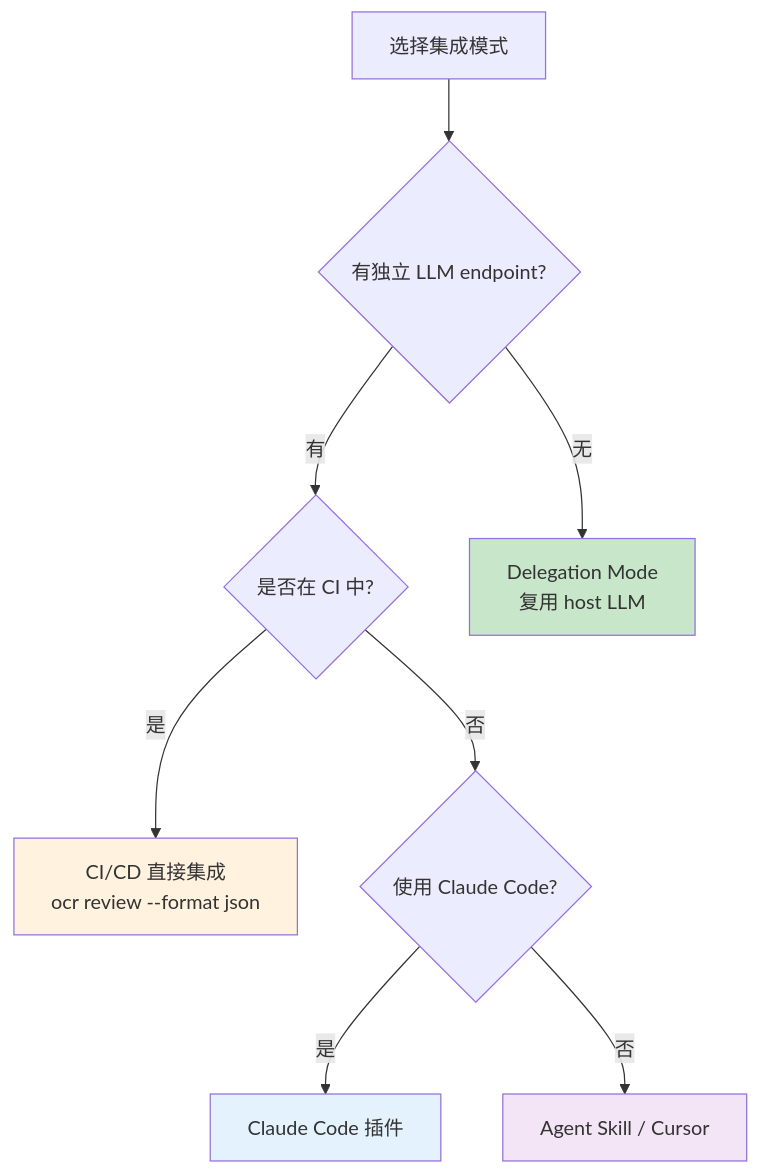
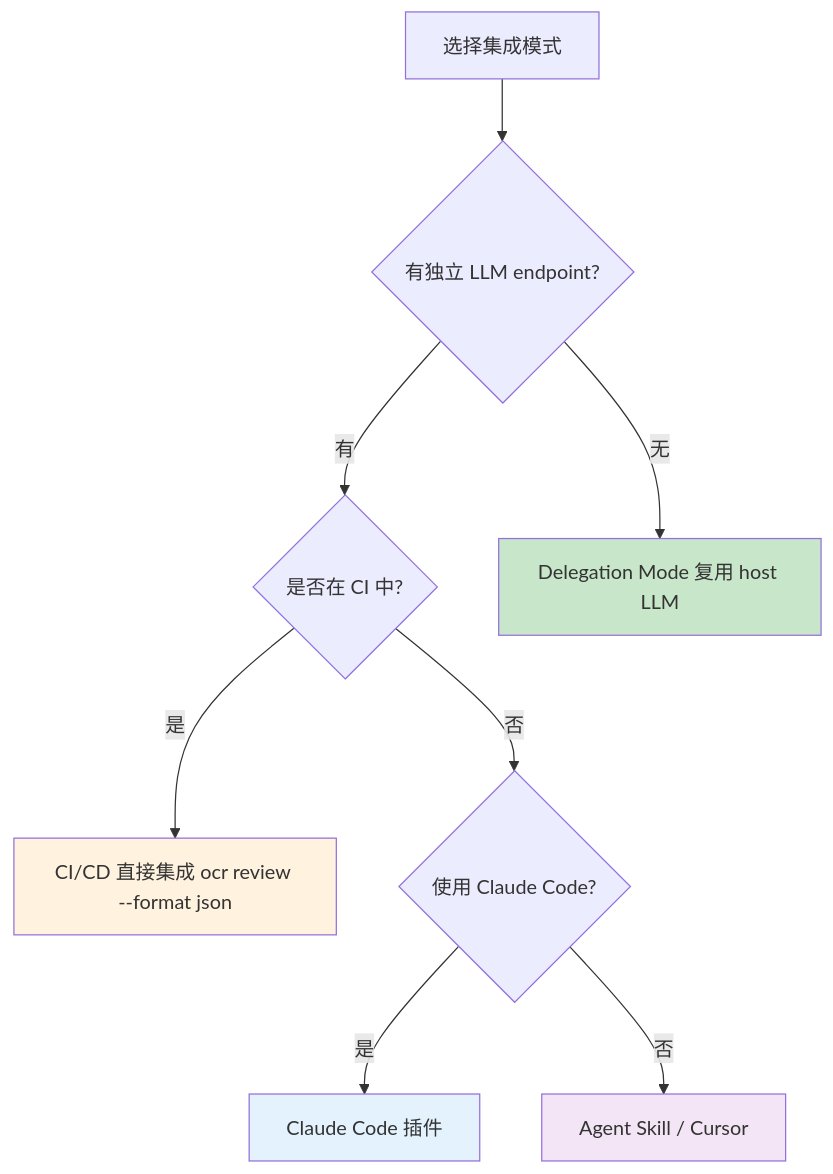
One commit to awesome-flexloop/awesome-okf changed the sixth of 7 diagrams in doc/bundles/jishu/ai/products/open-code-review/concepts/06-integrations.md. Above: the diagram before and after it, drawn with Mermaid. The commit also changed other lines of this file and 10 other files, not shown here.

First line of the commit message:
docs(bundle): 清偿 Open Code Review 存量 Mermaid 违规避免规范漂移累积

````diff
--- a/doc/bundles/jishu/ai/products/open-code-review/concepts/06-integrations.md
+++ b/doc/bundles/jishu/ai/products/open-code-review/concepts/06-integrations.md
@@ -462,17 +448,14 @@
 ```mermaid
 flowchart TD
     START["选择集成模式"] --> Q1{"有独立 LLM endpoint?"}
-    Q1 -->|有| Q2{"是否在 CI 中?"}
-    Q1 -->|无| DELEG["Delegation Mode<br/>复用 host LLM"]
-
-    Q2 -->|是| CI["CI/CD 直接集成<br/>ocr review --format json"]
-    Q2 -->|否| Q3{"使用 Claude Code?"}
-
-    Q3 -->|是| CC["Claude Code 插件"]
-    Q3 -->|否| SKILL["Agent Skill / Cursor"]
-
+    Q1 -->|"有"| Q2{"是否在 CI 中?"}
+    Q1 -->|"无"| DELEG["Delegation Mode 复用 host LLM"]
+    Q2 -->|"是"| CI["CI/CD 直接集成 ocr review --format json"]
+    Q2 -->|"否"| Q3{"使用 Claude Code?"}
+    Q3 -->|"是"| CC["Claude Code 插件"]
+    Q3 -->|"否"| SKILL["Agent Skill / Cursor"]
     style DELEG fill:#c8e6c9
     style CI fill:#fff3e0
     style CC fill:#e3f2fd
     style SKILL fill:#f3e5f5
 ```
````
